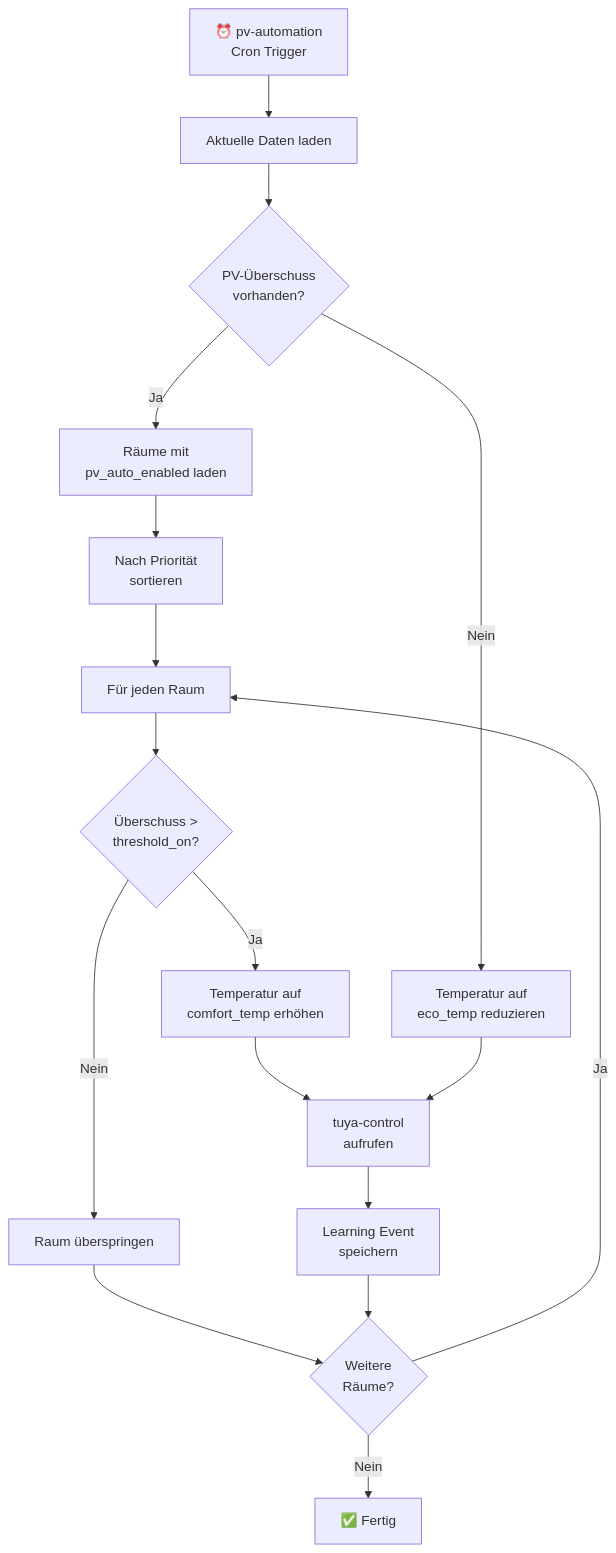
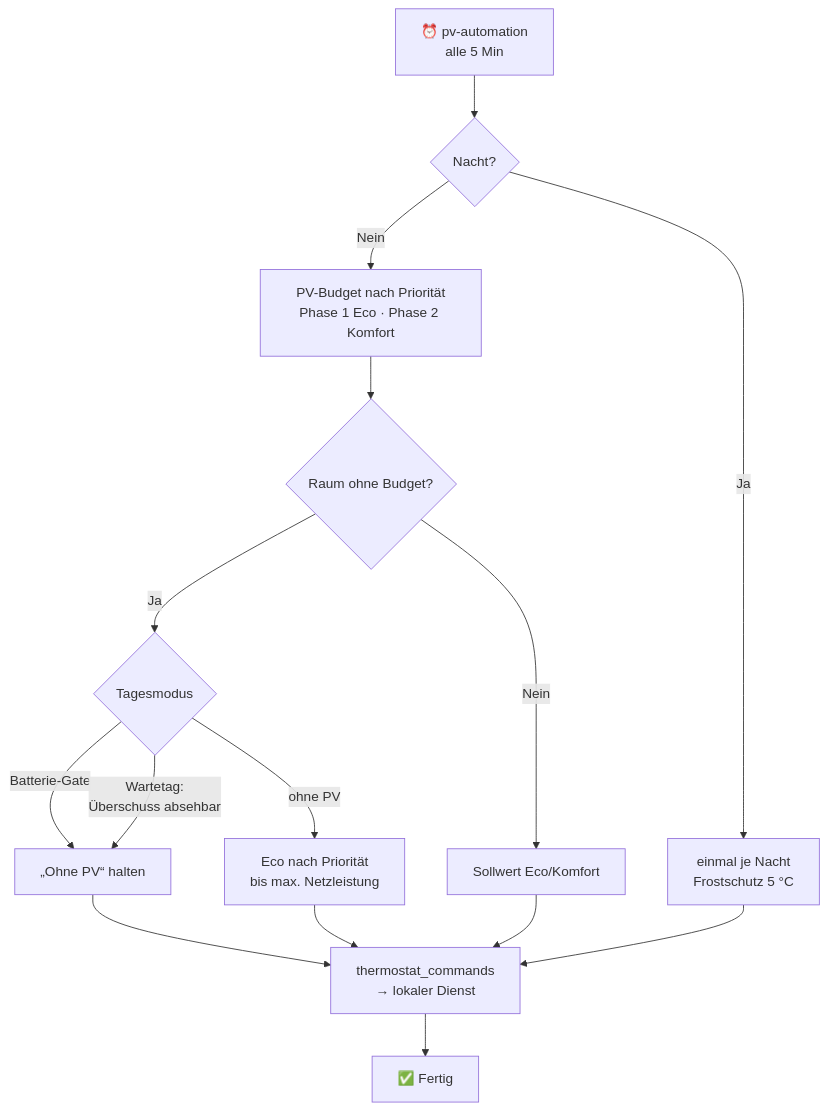
One commit to UliBer1508/smartfox-insight-ai-selfhosted changed the third of 5 diagrams in doc/ARCHITECTURE.md. Above: the diagram before and after it, drawn with Mermaid. The commit also changed other lines of this file and 20 other files, not shown here.

First line of the commit message:
Tagesmodus: Grundkonzept, Mindesttemperatur ohne PV, Netzgrenze, drei Steuerfehler behoben

````diff
--- a/doc/ARCHITECTURE.md
+++ b/doc/ARCHITECTURE.md
@@ -67,24 +69,17 @@
 ```mermaid
 flowchart TD
-    START[⏰ pv-automation<br/>Cron Trigger] --> FETCH[Aktuelle Daten laden]
-    FETCH --> CHECK{PV-Überschuss<br/>vorhanden?}
-    
-    CHECK -->|Ja| ROOMS[Räume mit<br/>pv_auto_enabled laden]
-    CHECK -->|Nein| REDUCE[Temperatur auf<br/>eco_temp reduzieren]
-    
-    ROOMS --> PRIO[Nach Priorität<br/>sortieren]
-    PRIO --> LOOP[Für jeden Raum]
-    
-    LOOP --> SURPLUS{Überschuss ><br/>threshold_on?}
-    SURPLUS -->|Ja| HEAT[Temperatur auf<br/>comfort_temp erhöhen]
-    SURPLUS -->|Nein| SKIP[Raum überspringen]
-    
-    HEAT --> TUYA[tuya-control<br/>aufrufen]
-    TUYA --> LOG[Learning Event<br/>speichern]
-    
-    REDUCE --> TUYA
-    SKIP --> NEXT{Weitere<br/>Räume?}
-    LOG --> NEXT
-    NEXT -->|Ja| LOOP
-    NEXT -->|Nein| END[✅ Fertig]
+    START[⏰ pv-automation<br/>alle 5 Min] --> NIGHT{Nacht?}
+    NIGHT -->|Ja| FROST[einmal je Nacht<br/>Frostschutz 5 °C]
+    NIGHT -->|Nein| BUDGET[PV-Budget nach Priorität<br/>Phase 1 Eco · Phase 2 Komfort]
+    BUDGET --> REST{Raum ohne Budget?}
+    REST -->|Nein| SET[Sollwert Eco/Komfort]
+    REST -->|Ja| MODE{Tagesmodus}
+    MODE -->|Batterie-Gate| WAIT[„Ohne PV“ halten]
+    MODE -->|Wartetag:<br/>Überschuss absehbar| WAIT
+    MODE -->|ohne PV| GRID[Eco nach Priorität<br/>bis max. Netzleistung]
+    WAIT --> CMD[thermostat_commands<br/>→ lokaler Dienst]
+    GRID --> CMD
+    SET --> CMD
+    FROST --> CMD
+    CMD --> END[✅ Fertig]
 ```
````
